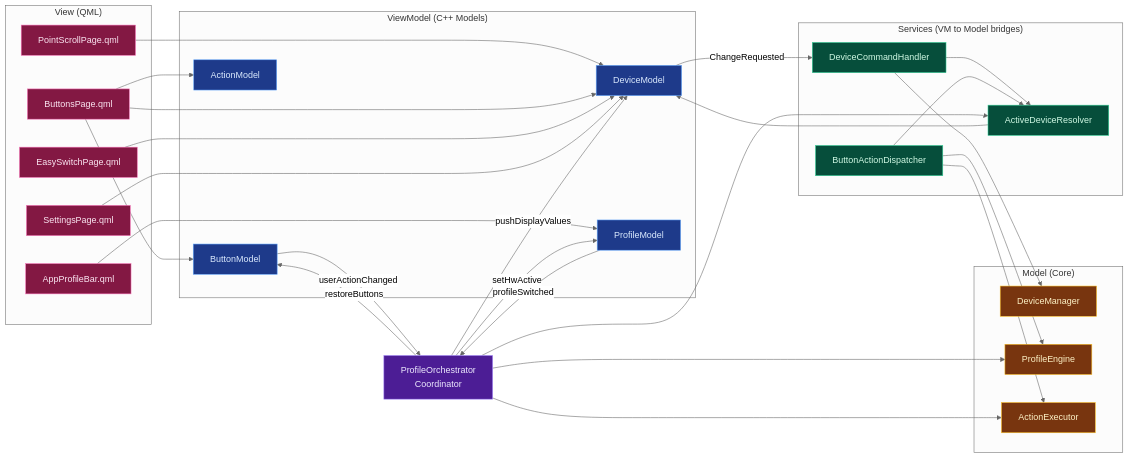
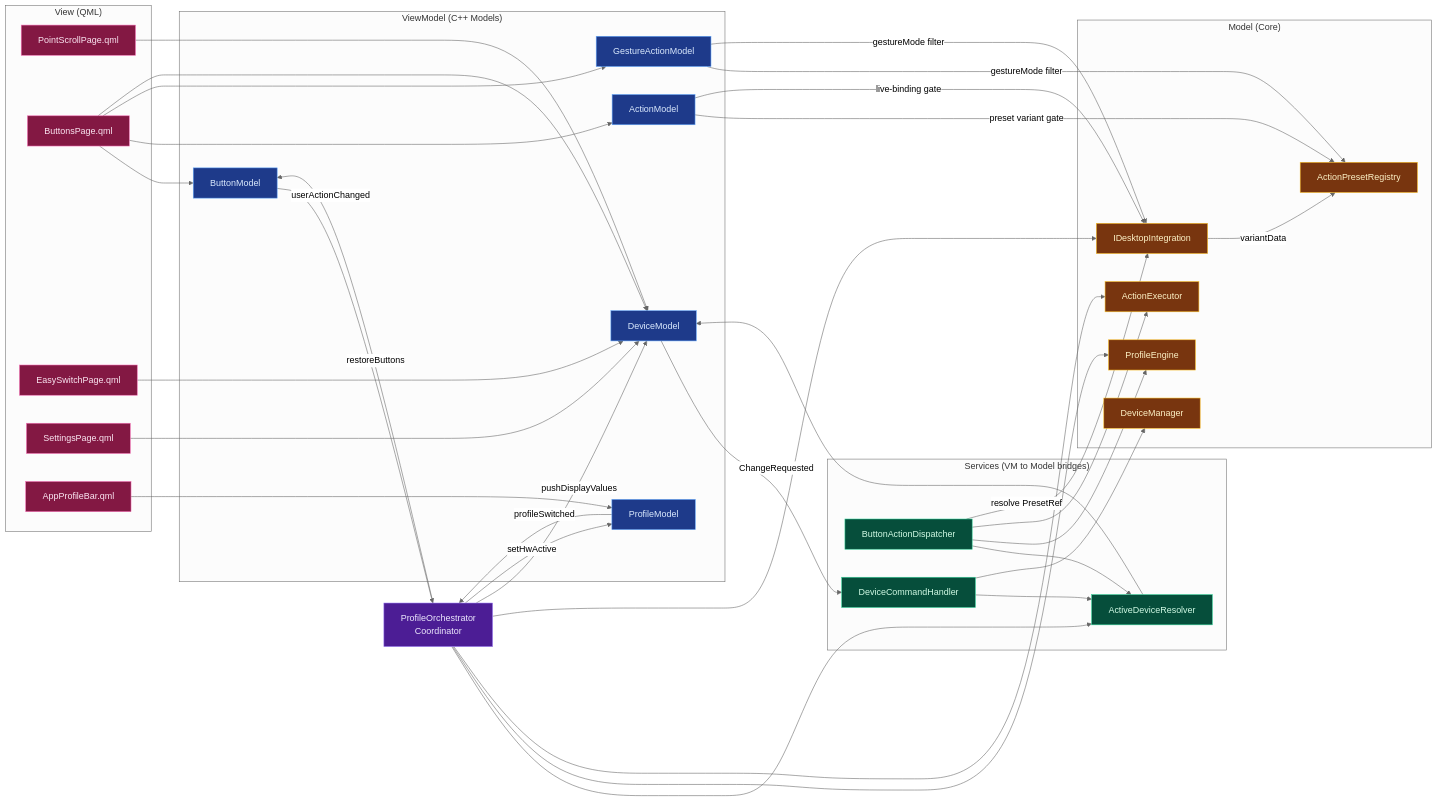
The seventh of 15 diagrams in docs/wiki/Architecture.md (mmaher88/logitune), drawn with Mermaid (neutral theme) before and after one commit. The commit also changed other lines of this file and 55 other files, not shown here.

````diff
--- a/docs/wiki/Architecture.md
+++ b/docs/wiki/Architecture.md
@@ -456,69 +456,82 @@
 ```mermaid
 graph LR
     subgraph "View (QML)"
         PointScroll[PointScrollPage.qml]
         Buttons[ButtonsPage.qml]
         EasySwitch[EasySwitchPage.qml]
         Settings[SettingsPage.qml]
         ProfileBar[AppProfileBar.qml]
     end
 
     subgraph "ViewModel (C++ Models)"
         DM[DeviceModel]
         BM[ButtonModel]
         AM[ActionModel]
+        GAM[GestureActionModel]
         PM[ProfileModel]
     end
 
     subgraph "Services (VM to Model bridges)"
         DSel[ActiveDeviceResolver]
         DCmd[DeviceCommandHandler]
         BAD[ButtonActionDispatcher]
     end
 
     PO[ProfileOrchestrator<br/>Coordinator]
 
     subgraph "Model (Core)"
         DMgr[DeviceManager]
         PE[ProfileEngine]
         AE[ActionExecutor]
+        APR[ActionPresetRegistry]
+        IDI[IDesktopIntegration]
     end
 
     PointScroll --> DM
     Buttons --> BM
     Buttons --> AM
+    Buttons --> GAM
     Buttons --> DM
     EasySwitch --> DM
     Settings --> DM
     ProfileBar --> PM
 
     DM -->|ChangeRequested| DCmd
     BM -->|userActionChanged| PO
     PM -->|profileSwitched| PO
 
+    AM -->|preset variant gate| APR
+    AM -->|live-binding gate| IDI
+    GAM -->|gestureMode filter| APR
+    GAM -->|gestureMode filter| IDI
+
     DSel --> DM
     DCmd --> DSel
     DCmd --> DMgr
     BAD --> DSel
     BAD --> PE
     BAD --> AE
+    BAD -->|resolve PresetRef| IDI
 
     PO --> DSel
     PO --> PE
     PO --> AE
+    PO --> IDI
     PO -->|pushDisplayValues| DM
     PO -->|restoreButtons| BM
     PO -->|setHwActive| PM
+
+    IDI -->|variantData| APR
 
     classDef view fill:#831843,stroke:#f472b6,color:#fce7f3
     classDef vm fill:#1e3a8a,stroke:#60a5fa,color:#dbeafe
     classDef service fill:#064e3b,stroke:#34d399,color:#d1fae5
     classDef coord fill:#4c1d95,stroke:#a78bfa,color:#ede9fe
     classDef core fill:#78350f,stroke:#fbbf24,color:#fef3c7
 
     class PointScroll,Buttons,EasySwitch,Settings,ProfileBar view
-    class DM,BM,AM,PM vm
+    class DM,BM,AM,GAM,PM vm
     class DSel,DCmd,BAD service
     class PO coord
-    class DMgr,PE,AE core
+    class DMgr,PE,AE,APR,IDI core
 ```
````
